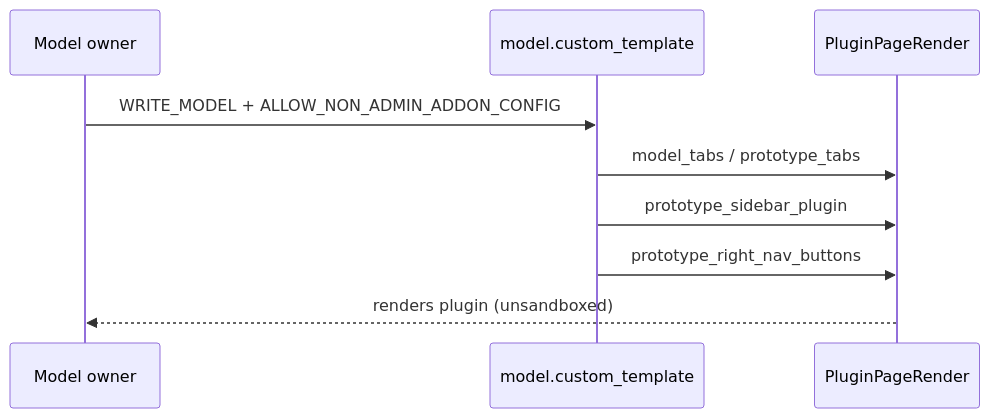
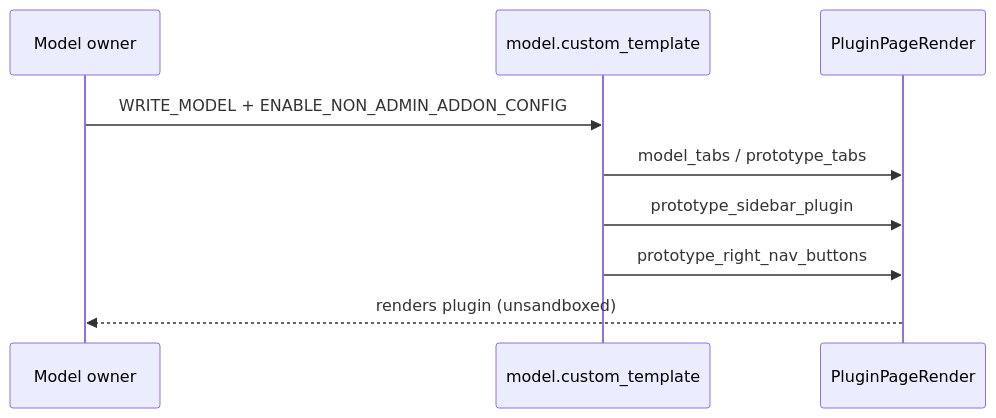
One commit to eclipse-autowrx/autowrx changed the sixth of 7 diagrams in docs/capabilities/plugins.md. Above: the diagram before and after it, drawn with Mermaid. The commit also changed other lines of this file and 8 other files, not shown here.

First line of the commit message:
fix(model-prototype): fix admin bypass and rename addon config flag

````diff
--- a/docs/capabilities/plugins.md
+++ b/docs/capabilities/plugins.md
@@ -450,11 +450,11 @@
 ```mermaid
 sequenceDiagram
     participant O as Model owner
     participant M as model.custom_template
     participant P as PluginPageRender
-    O->>M: WRITE_MODEL + ALLOW_NON_ADMIN_ADDON_CONFIG
+    O->>M: WRITE_MODEL + ENABLE_NON_ADMIN_ADDON_CONFIG
     M->>P: model_tabs / prototype_tabs
     M->>P: prototype_sidebar_plugin
     M->>P: prototype_right_nav_buttons
     P-->>O: renders plugin (unsandboxed)
 ```
````
